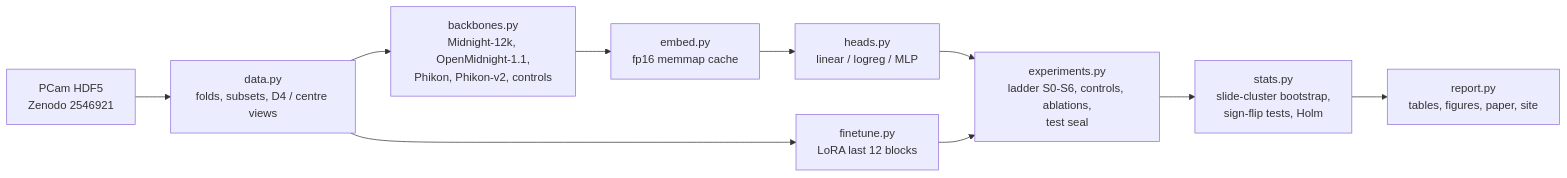
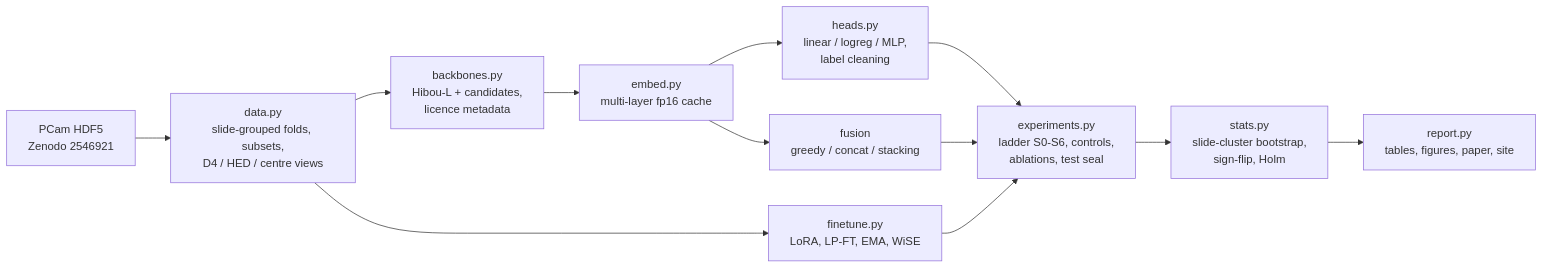
Before and after one commit to BurnyCoder/better-cancer-classification-with-machine-learning: the diagram in README.md, drawn with Mermaid. The commit also changed other lines of this file and 2 other files, not shown here.

Commit message:
Pre-registration v2: hill-climb Hibou-L (supersedes v1 before any data or results)

````diff
--- a/README.md
+++ b/README.md
@@ -36,12 +54,14 @@
 ```mermaid
 flowchart LR
-  A[PCam HDF5<br/>Zenodo 2546921] --> B[data.py<br/>folds, subsets, D4 / centre views]
-  B --> C[backbones.py<br/>Midnight-12k, OpenMidnight-1.1,<br/>Phikon, Phikon-v2, controls]
-  C --> D[embed.py<br/>fp16 memmap cache]
-  D --> E[heads.py<br/>linear / logreg / MLP]
-  B --> F[finetune.py<br/>LoRA last 12 blocks]
-  E --> G[experiments.py<br/>ladder S0-S6, controls, ablations,<br/>test seal]
-  F --> G
-  G --> H[stats.py<br/>slide-cluster bootstrap,<br/>sign-flip tests, Holm]
-  H --> I[report.py<br/>tables, figures, paper, site]
+  A[PCam HDF5<br/>Zenodo 2546921] --> B[data.py<br/>slide-grouped folds, subsets,<br/>D4 / HED / centre views]
+  B --> C[backbones.py<br/>Hibou-L + candidates,<br/>licence metadata]
+  C --> D[embed.py<br/>multi-layer fp16 cache]
+  D --> E[heads.py<br/>linear / logreg / MLP,<br/>label cleaning]
+  D --> F[fusion<br/>greedy / concat / stacking]
+  B --> G[finetune.py<br/>LoRA, LP-FT, EMA, WiSE]
+  E --> H[experiments.py<br/>ladder S0-S6, controls,<br/>ablations, test seal]
+  F --> H
+  G --> H
+  H --> I[stats.py<br/>slide-cluster bootstrap,<br/>sign-flip, Holm]
+  I --> J[report.py<br/>tables, figures, paper, site]
 ```
````
